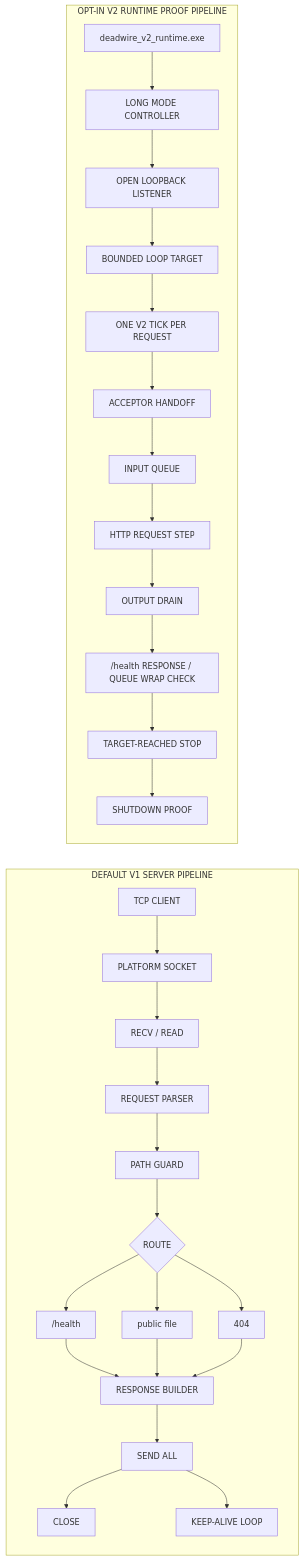
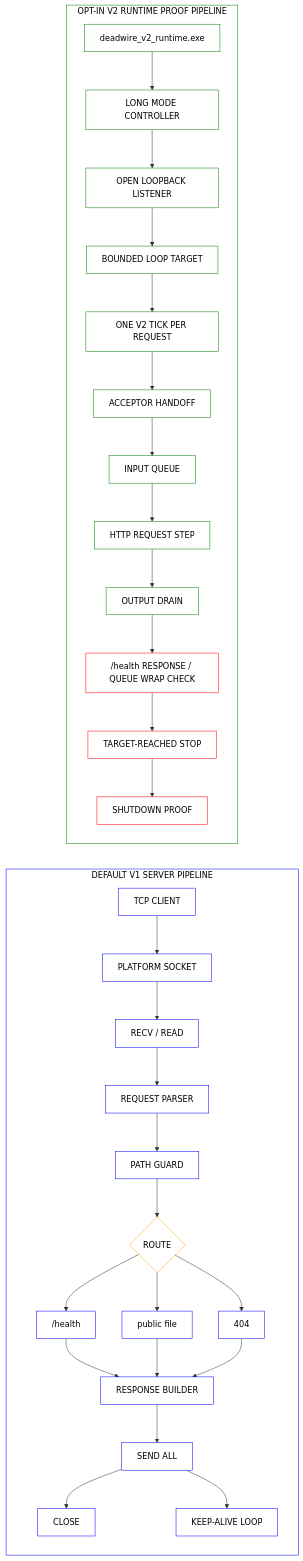
The diagram in README.md (Deadbytes101/DEADWIRE-HTTPD), drawn with Mermaid before and after one commit. The commit also changed other lines of this file and 3 other files, not shown here.

````diff
--- a/README.md
+++ b/README.md
@@ -35,33 +35,44 @@
 ```mermaid
 flowchart LR
     subgraph V1["DEFAULT V1 SERVER PIPELINE"]
         CLIENT["TCP CLIENT"] --> SOCKET["PLATFORM SOCKET"]
         SOCKET --> RECV["RECV / READ"]
         RECV --> PARSE["REQUEST PARSER"]
         PARSE --> GUARD["PATH GUARD"]
         GUARD --> ROUTE{"ROUTE"}
         ROUTE --> HEALTH["/health"]
         ROUTE --> STATIC["public file"]
         ROUTE --> MISS["404"]
         HEALTH --> RESPONSE["RESPONSE BUILDER"]
         STATIC --> RESPONSE
         MISS --> RESPONSE
         RESPONSE --> SEND["SEND ALL"]
         SEND --> CLOSE["CLOSE"]
         SEND --> LOOP["KEEP-ALIVE LOOP"]
     end
 
     subgraph V2["OPT-IN V2 RUNTIME PROOF PIPELINE"]
         V2BOOT["deadwire_v2_runtime.exe"] --> V2LONG["LONG MODE CONTROLLER"]
         V2LONG --> V2LIVE["OPEN LOOPBACK LISTENER"]
         V2LIVE --> V2COUNT["BOUNDED LOOP TARGET"]
         V2COUNT --> V2TICK["ONE V2 TICK PER REQUEST"]
         V2TICK --> V2ACCEPT["ACCEPTOR HANDOFF"]
         V2ACCEPT --> V2QUEUE["INPUT QUEUE"]
         V2QUEUE --> V2HTTP["HTTP REQUEST STEP"]
         V2HTTP --> V2OUT["OUTPUT DRAIN"]
         V2OUT --> V2CHECK["/health RESPONSE / QUEUE WRAP CHECK"]
         V2CHECK --> V2STOP["TARGET-REACHED STOP"]
         V2STOP --> V2SHUT["SHUTDOWN PROOF"]
     end
+
+    classDef v1 fill:white,stroke:blue,color:black
+    classDef v2 fill:white,stroke:green,color:black
+    classDef route fill:white,stroke:orange,color:black
+    classDef stop fill:white,stroke:red,color:black
+    class CLIENT,SOCKET,RECV,PARSE,GUARD,HEALTH,STATIC,MISS,RESPONSE,SEND,CLOSE,LOOP v1
+    class V2BOOT,V2LONG,V2LIVE,V2COUNT,V2TICK,V2ACCEPT,V2QUEUE,V2HTTP,V2OUT v2
+    class ROUTE route
+    class V2CHECK,V2STOP,V2SHUT stop
+    style V1 fill:white,stroke:blue,color:black
+    style V2 fill:white,stroke:green,color:black
 ```
````
